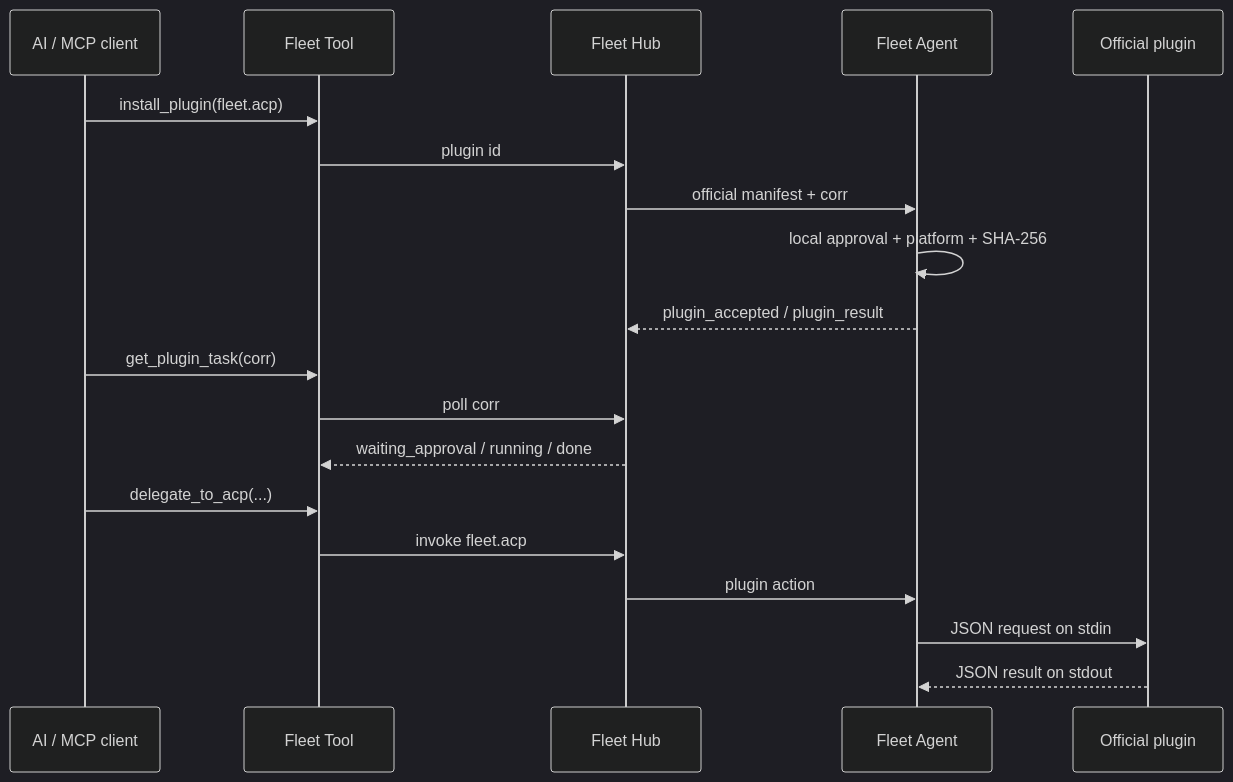
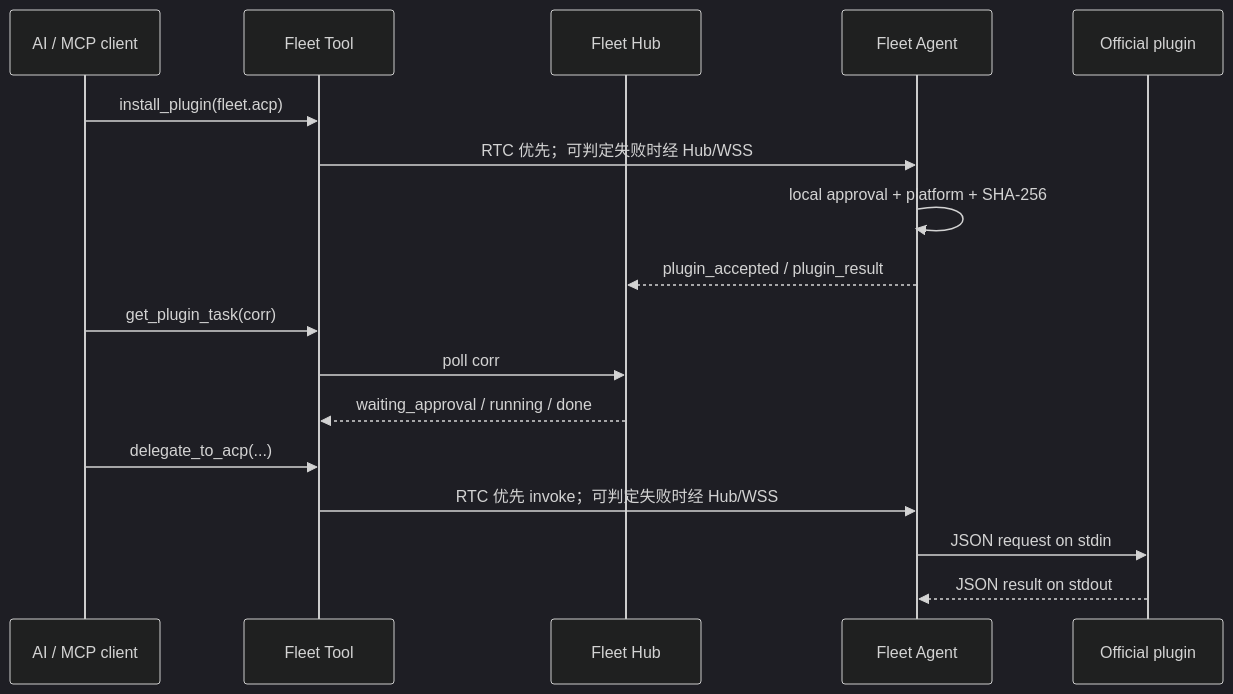
The diagram in docs/PLUGINS.md (TITOCHAN2023/fleetForAgent), drawn with Mermaid (dark theme) before and after one commit. The commit also changed other lines of this file and 68 other files, not shown here.

````diff
--- a/docs/PLUGINS.md
+++ b/docs/PLUGINS.md
@@ -7,21 +7,19 @@
 ```mermaid
 sequenceDiagram
   participant AI as AI / MCP client
   participant Tool as Fleet Tool
   participant Hub as Fleet Hub
   participant Agent as Fleet Agent
   participant Plugin as Official plugin
   AI->>Tool: install_plugin(fleet.acp)
-  Tool->>Hub: plugin id
-  Hub->>Agent: official manifest + corr
+  Tool->>Agent: RTC 优先；可判定失败时经 Hub/WSS
   Agent->>Agent: local approval + platform + SHA-256
   Agent-->>Hub: plugin_accepted / plugin_result
   AI->>Tool: get_plugin_task(corr)
   Tool->>Hub: poll corr
   Hub-->>Tool: waiting_approval / running / done
   AI->>Tool: delegate_to_acp(...)
-  Tool->>Hub: invoke fleet.acp
-  Hub->>Agent: plugin action
+  Tool->>Agent: RTC 优先 invoke；可判定失败时经 Hub/WSS
   Agent->>Plugin: JSON request on stdin
   Plugin-->>Agent: JSON result on stdout
 ```
````
